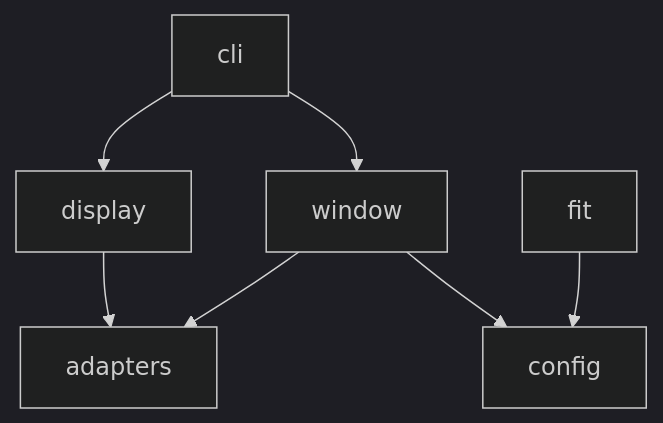
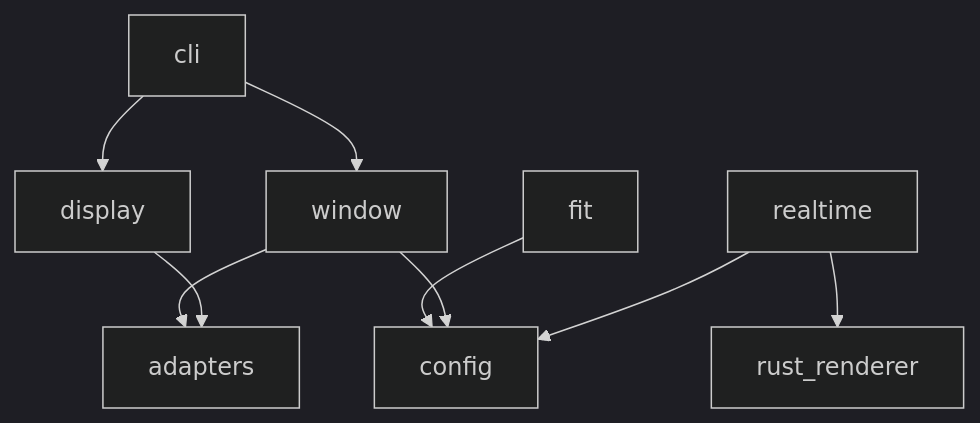
One commit to maedayoshiaki/projector-controller changed the diagram in docs/ARCHITECTURE.md. Above: the diagram before and after it, drawn with Mermaid (dark theme). The commit also changed other lines of this file and 17 other files, not shown here.

````diff
--- a/docs/ARCHITECTURE.md
+++ b/docs/ARCHITECTURE.md
@@ -72,9 +94,11 @@
 ```mermaid
 graph TD
   cli --> window
   cli --> display
   window --> adapters
+  realtime --> rust_renderer
   display --> adapters
   fit --> config
   window --> config
+  realtime --> config
 ```
````
